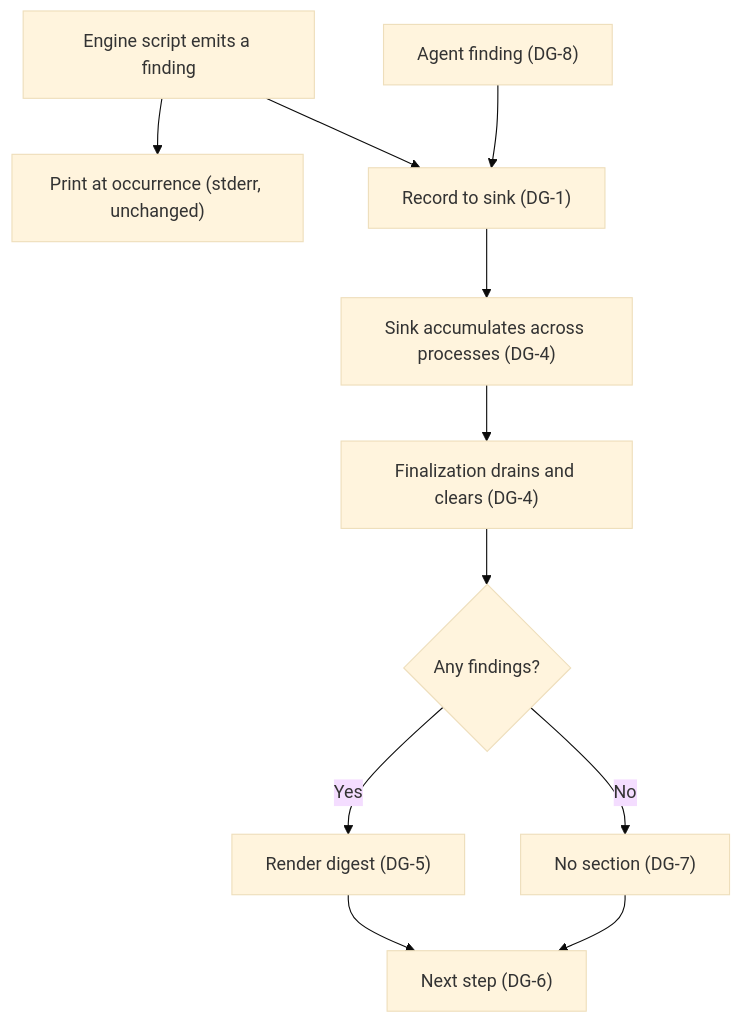
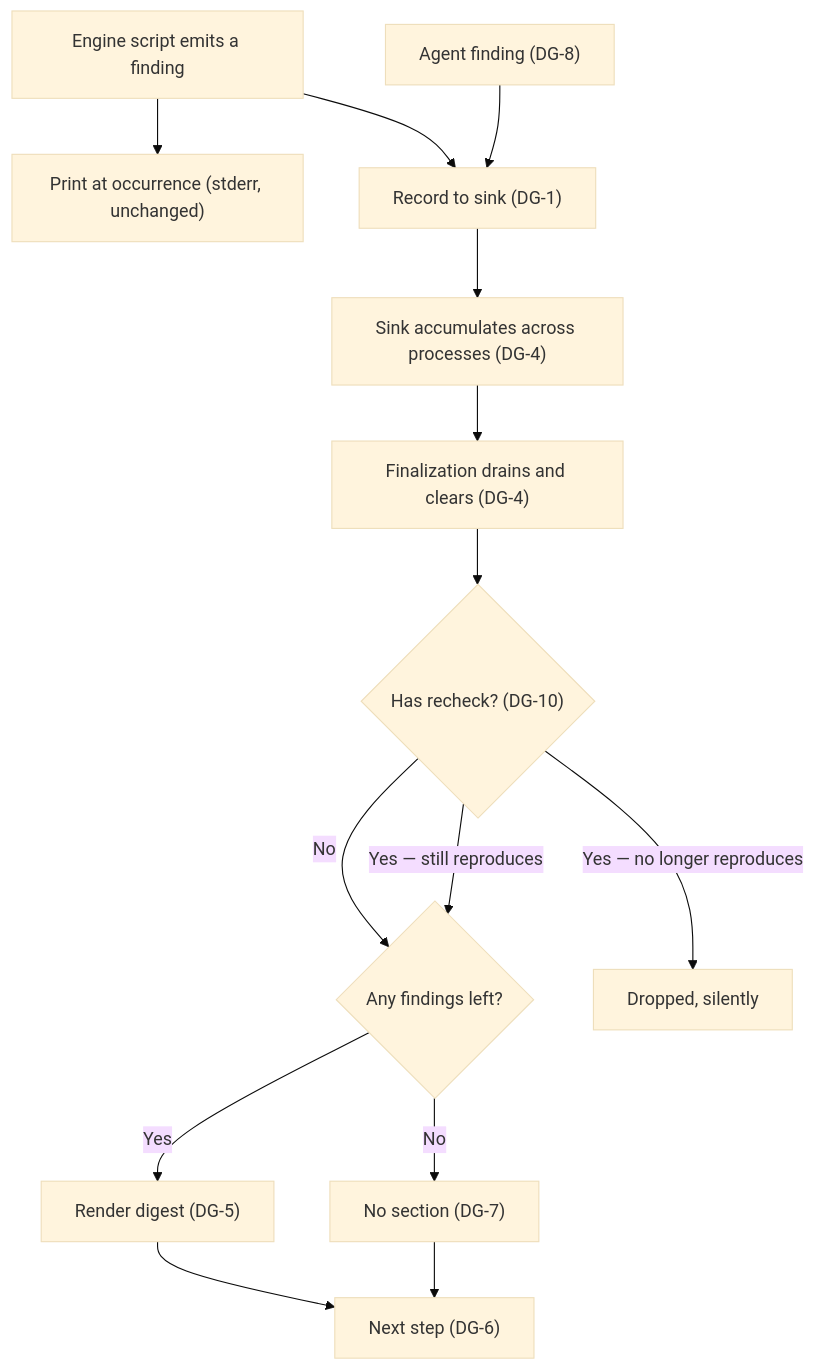
Before and after one commit to teratron/magic-spec: the diagram in .design/engine/specifications/l1-engine-diagnostics.md, drawn with Mermaid (base theme). The commit also changed other lines of this file and 16 other files, not shown here.

````diff
--- a/.design/engine/specifications/l1-engine-diagnostics.md
+++ b/.design/engine/specifications/l1-engine-diagnostics.md
@@ -158,13 +182,17 @@
 ```mermaid
 graph TD
     A["Engine script emits a finding"] --> B["Print at occurrence (stderr, unchanged)"]
     A --> C["Record to sink (DG-1)"]
     D["Agent finding (DG-8)"] --> C
     C --> E["Sink accumulates across processes (DG-4)"]
     E --> F["Finalization drains and clears (DG-4)"]
-    F --> G{"Any findings?"}
+    F --> R{"Has recheck? (DG-10)"}
+    R -->|No| G
+    R -->|"Yes — still reproduces"| G
+    R -->|"Yes — no longer reproduces"| X["Dropped, silently"]
+    G{"Any findings left?"}
     G -->|No| H["No section (DG-7)"]
     G -->|Yes| I["Render digest (DG-5)"]
     I --> J["Next step (DG-6)"]
     H --> J
 ```
````
